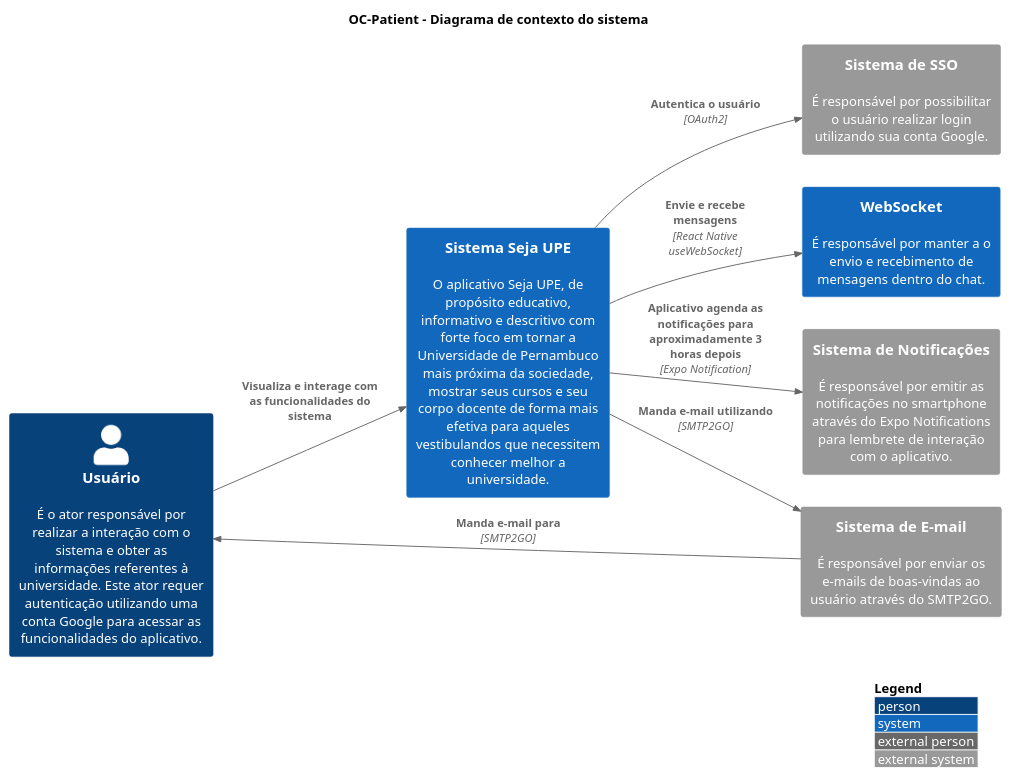
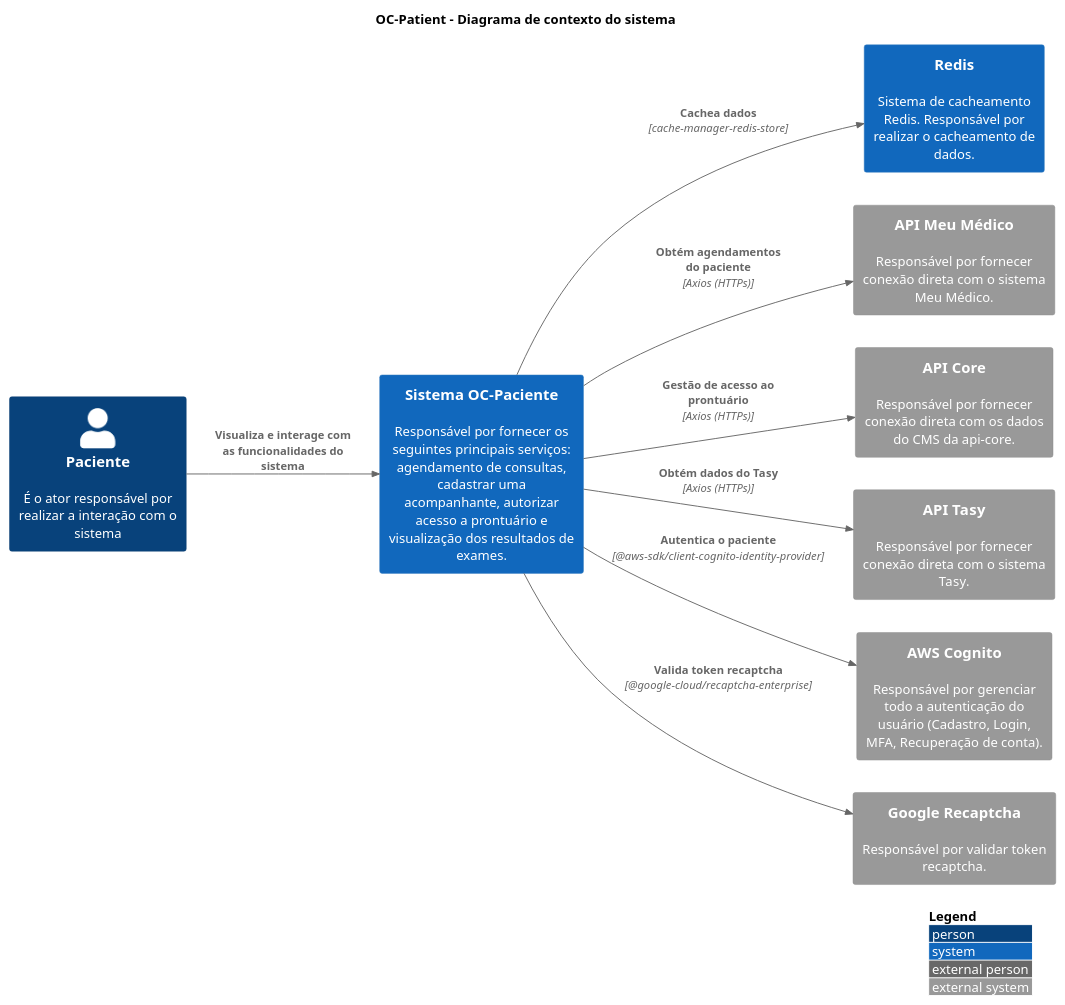
The diagram in src/C1. Visão Geral/context.puml (luizggbasedigital/poc-oc-docs), drawn with PlantUML before and after one commit.

Commit message:
docs: create context diagram

```diff
--- a/src/C1. Visão Geral/context.puml
+++ b/src/C1. Visão Geral/context.puml
@@ -1,27 +1,37 @@
 @startuml "Context Diagram"
 
 title "OC-Patient - Diagrama de contexto do sistema"
 
 !include https://raw.githubusercontent.com/adrianvlupu/C4-PlantUML/latest/C4_Context.puml
 
 LAYOUT_WITH_LEGEND()
 LAYOUT_LEFT_RIGHT()
 
 skinparam backgroundcolor transparent
 
-Person(ActorUser, "Usuário", "É o ator responsável por realizar a interação com o sistema e obter as informações referentes à universidade. Este ator requer autenticação utilizando uma conta Google para acessar as funcionalidades do aplicativo.")
+Person(ActorPatient, "Paciente", "É o ator responsável por realizar a interação com o sistema ")
 
-System(SystemSejaUPE, "Sistema Seja UPE", "O aplicativo Seja UPE, de propósito educativo, informativo e descritivo com forte foco em tornar a Universidade de Pernambuco mais próxima da sociedade, mostrar seus cursos e seu corpo docente de forma mais efetiva para aqueles vestibulandos que necessitem conhecer melhor a universidade.")
-System(SystemWebsocket, "WebSocket", "É responsável por manter a o envio e recebimento de mensagens dentro do chat.")
-System_Ext(SystemSmtp, "Sistema de E-mail", "É responsável por enviar os e-mails de boas-vindas ao usuário através do SMTP2GO.")
-System_Ext(SystemNotification, "Sistema de Notificações", "É responsável por emitir as notificações no smartphone através do Expo Notifications para lembrete de interação com o aplicativo.")
-System_Ext(SystemOAuth2, "Sistema de SSO", "É responsável por possibilitar o usuário realizar login utilizando sua conta Google.")
+System(SystemOCPatient, "Sistema OC-Paciente", "Responsável por fornecer os seguintes principais serviços: agendamento de consultas, cadastrar uma acompanhante, autorizar acesso a prontuário e visualização dos resultados de exames.")
 
-Rel(ActorUser, SystemSejaUPE, "Visualiza e interage com as funcionalidades do sistema")
-Rel(SystemSmtp, ActorUser, "Manda e-mail para", "SMTP2GO")
-Rel(SystemSejaUPE, SystemSmtp, "Manda e-mail utilizando", "SMTP2GO")
-Rel(SystemSejaUPE, SystemNotification, "Aplicativo agenda as notificações para aproximadamente 3 horas depois", "Expo Notification")
-Rel(SystemSejaUPE, SystemWebsocket, "Envie e recebe mensagens", "React Native useWebSocket")
-Rel(SystemSejaUPE, SystemOAuth2, "Autentica o usuário", "OAuth2")
+System(SystemRedis, "Redis", "Sistema de cacheamento Redis. Responsável por realizar o cacheamento de dados.")
+
+System_Ext(SystemMyPhysicianApi, "API Meu Médico", "Responsável por fornecer conexão direta com o sistema Meu Médico.")
+
+System_Ext(SystemCMSApi, "API Core", "Responsável por fornecer conexão direta com os dados do CMS da api-core.")
+
+System_Ext(SystemTasyApi, "API Tasy", "Responsável por fornecer conexão direta com o sistema Tasy.")
+
+System_Ext(SystemAWSCognito, "AWS Cognito", "Responsável por gerenciar todo a autenticação do usuário (Cadastro, Login, MFA, Recuperação de conta).")
+
+System_Ext(SystemGoogleRecaptcha, "Google Recaptcha", "Responsável por validar token recaptcha.")
+
+
+Rel(ActorPatient, SystemOCPatient, "Visualiza e interage com as funcionalidades do sistema")
+Rel(SystemOCPatient, SystemRedis, "Cachea dados", "cache-manager-redis-store")
+Rel(SystemOCPatient, SystemGoogleRecaptcha, "Valida token recaptcha", "@google-cloud/recaptcha-enterprise")
+Rel(SystemOCPatient, SystemAWSCognito, "Autentica o paciente", "@aws-sdk/client-cognito-identity-provider")
+Rel(SystemOCPatient, SystemMyPhysicianApi, "Obtém agendamentos do paciente", "Axios (HTTPs)")
+Rel(SystemOCPatient, SystemTasyApi, "Obtém dados do Tasy", "Axios (HTTPs)")
+Rel(SystemOCPatient, SystemCMSApi, "Gestão de acesso ao prontuário", "Axios (HTTPs)")
 
 @enduml
```
